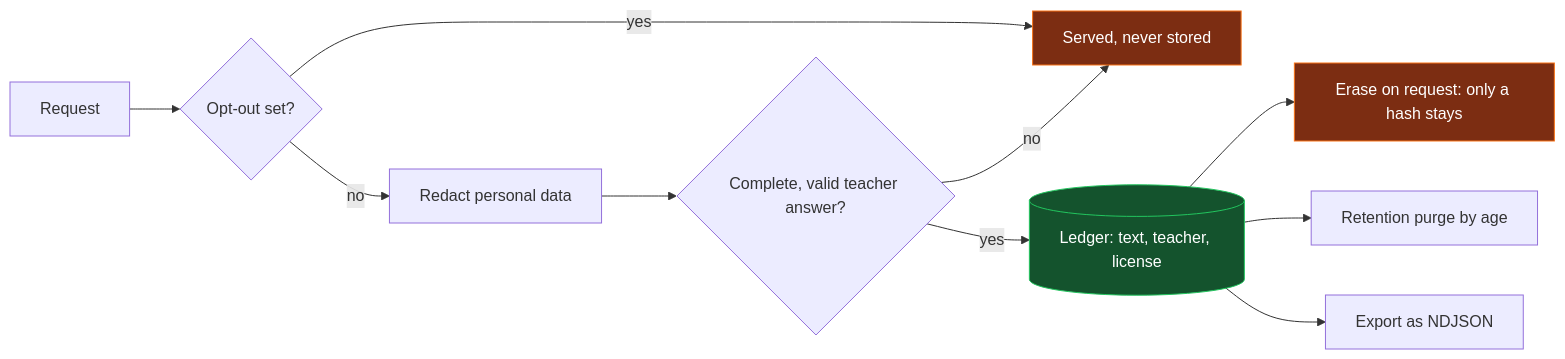
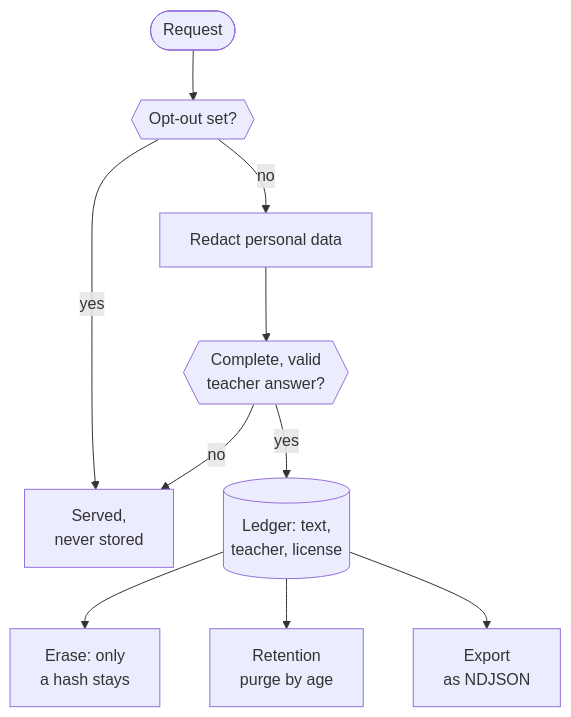
Before and after one commit to harshbhx/ratchet: the third of 4 diagrams in docs-site/src/content/docs/guides/why-it-matters.mdx, drawn with Mermaid. The commit also changed other lines of this file and 25 other files, not shown here.

````diff
--- a/docs-site/src/content/docs/guides/why-it-matters.mdx
+++ b/docs-site/src/content/docs/guides/why-it-matters.mdx
@@ -85,16 +113,14 @@
 ```mermaid
-flowchart LR
-  R["Request"] --> O{"Opt-out set?"}
-  O -->|"yes"| NS["Served, never stored"]
+flowchart TB
+  R(["Request"]) --> O{{"Opt-out set?"}}
+  O -->|"yes"| NS["Served,<br/>never stored"]
   O -->|"no"| RD["Redact personal data"]
-  RD --> V{"Complete, valid teacher answer?"}
+  RD --> V{{"Complete, valid<br/>teacher answer?"}}
   V -->|"no"| NS
-  V -->|"yes"| ST[("Ledger: text, teacher, license")]
-  ST --> ER["Erase on request: only a hash stays"]
-  ST --> RT["Retention purge by age"]
-  ST --> EX["Export as NDJSON"]
-  classDef keep fill:#14532d,stroke:#22c55e,color:#fff
-  classDef drop fill:#7c2d12,stroke:#f97316,color:#fff
-  class ST keep
-  class NS,ER drop
+  V -->|"yes"| ST[("Ledger: text,<br/>teacher, license")]
+  ST --> ER["Erase: only<br/>a hash stays"]
+  ST --> RT["Retention<br/>purge by age"]
+  ST --> EX["Export<br/>as NDJSON"]
+  class O,V gate
+  class ST store
 ```
````
